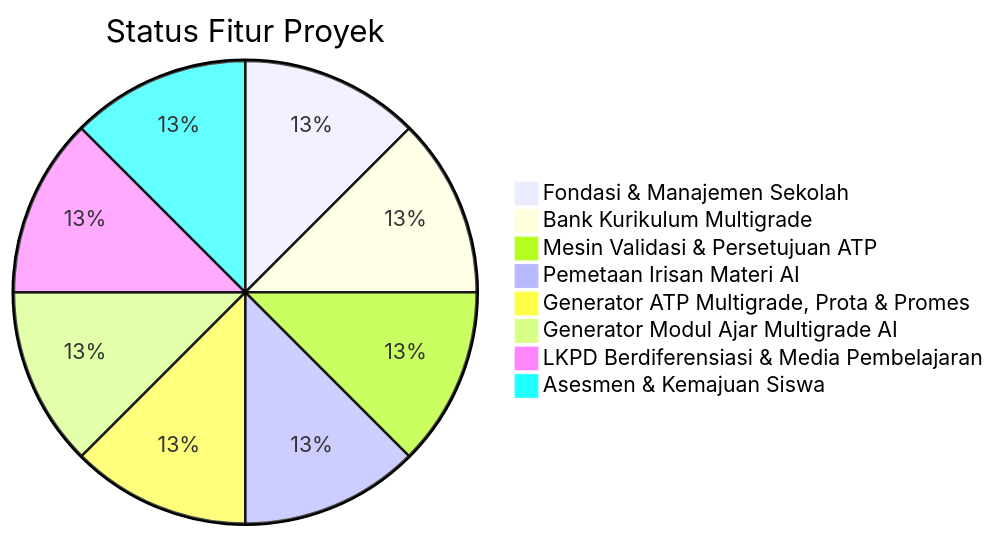
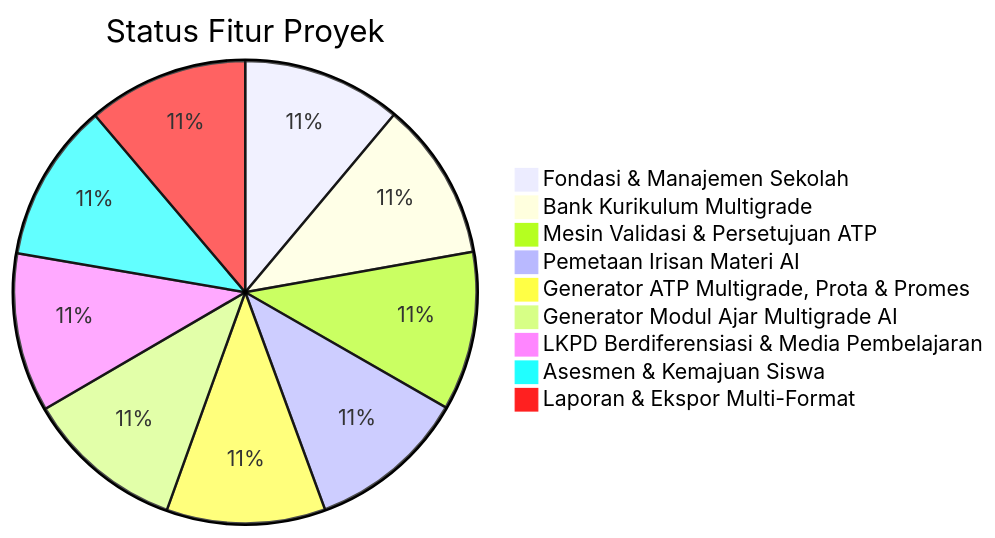
The diagram in IMPLEMENTATION_STATUS.md (akhshodikin/Multigrade-Cerdas), drawn with Mermaid before and after one commit. The commit also changed other lines of this file and 19 other files, not shown here.

````diff
--- a/IMPLEMENTATION_STATUS.md
+++ b/IMPLEMENTATION_STATUS.md
@@ -10,11 +10,12 @@
 ```mermaid
 pie title Status Fitur Proyek
-    "Fondasi & Manajemen Sekolah" : 12.5
-    "Bank Kurikulum Multigrade" : 12.5
-    "Mesin Validasi & Persetujuan ATP" : 12.5
-    "Pemetaan Irisan Materi AI" : 12.5
-    "Generator ATP Multigrade, Prota & Promes" : 12.5
-    "Generator Modul Ajar Multigrade AI" : 12.5
-    "LKPD Berdiferensiasi & Media Pembelajaran" : 12.5
-    "Asesmen & Kemajuan Siswa" : 12.5
+    "Fondasi & Manajemen Sekolah" : 11.1
+    "Bank Kurikulum Multigrade" : 11.1
+    "Mesin Validasi & Persetujuan ATP" : 11.1
+    "Pemetaan Irisan Materi AI" : 11.1
+    "Generator ATP Multigrade, Prota & Promes" : 11.1
+    "Generator Modul Ajar Multigrade AI" : 11.1
+    "LKPD Berdiferensiasi & Media Pembelajaran" : 11.1
+    "Asesmen & Kemajuan Siswa" : 11.1
+    "Laporan & Ekspor Multi-Format" : 11.2
 ```
````
